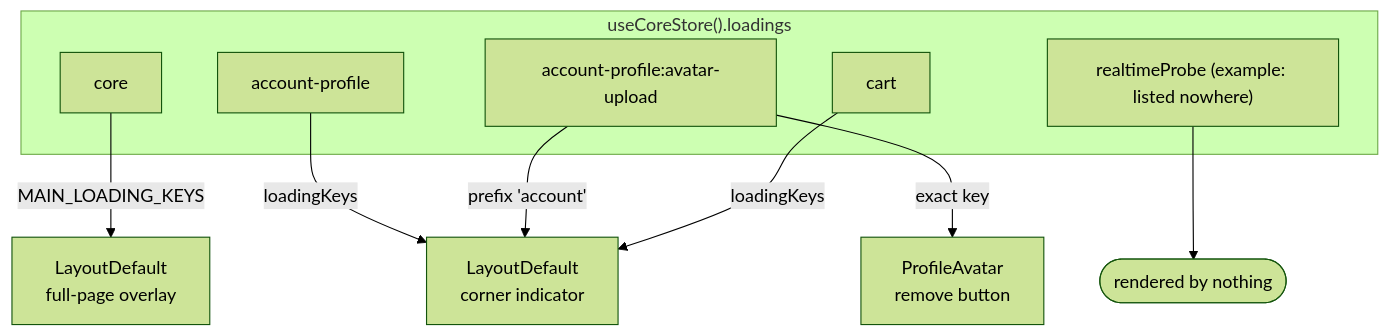
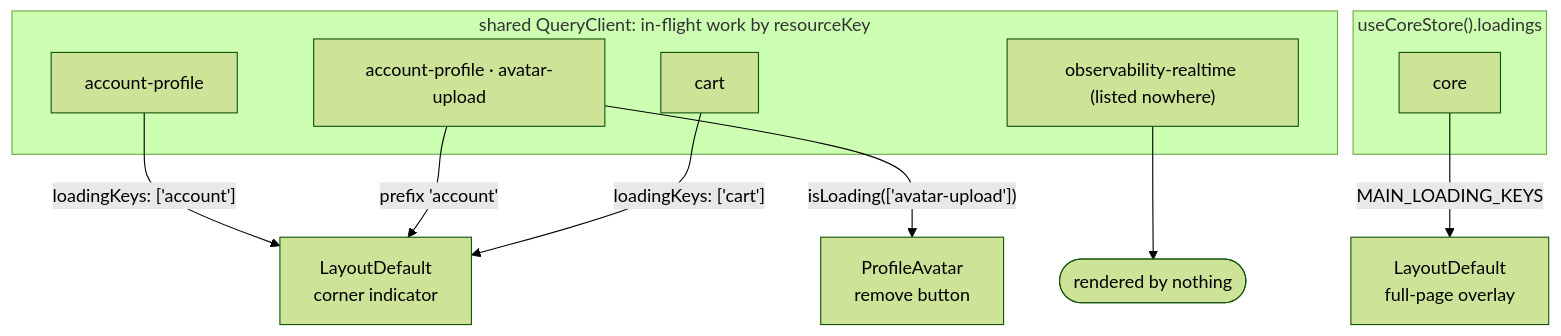
The diagram in docs/theory/loading-state.md (Guebbit/boilerplate-vue-frontend), drawn with Mermaid (forest theme) before and after one commit. The commit also changed other lines of this file and 7 other files, not shown here.

````diff
--- a/docs/theory/loading-state.md
+++ b/docs/theory/loading-state.md
@@ -42,22 +44,25 @@
 ```mermaid
 flowchart TB
-    subgraph Dict ["useCoreStore().loadings"]
+    subgraph Query ["shared QueryClient: in-flight work by resourceKey"]
+        K2["account-profile"]
+        K3["account-profile · avatar-upload"]
+        K4["cart"]
+        K5["observability-realtime (listed nowhere)"]
+    end
+
+    subgraph Core ["useCoreStore().loadings"]
         K1["core"]
-        K2["account-profile"]
-        K3["account-profile:avatar-upload"]
-        K4["cart"]
-        K5["realtimeProbe (example: listed nowhere)"]
     end
 
     Overlay["LayoutDefault\nfull-page overlay"]
     Corner["LayoutDefault\ncorner indicator"]
     Button["ProfileAvatar\nremove button"]
     Silent(["rendered by nothing"])
 
     K1 -->|MAIN_LOADING_KEYS| Overlay
-    K2 -->|"loadingKeys"| Corner
-    K3 -->|prefix 'account'| Corner
-    K4 -->|"loadingKeys"| Corner
-    K3 -->|exact key| Button
+    K2 -->|"loadingKeys: ['account']"| Corner
+    K3 -->|"prefix 'account'"| Corner
+    K4 -->|"loadingKeys: ['cart']"| Corner
+    K3 -->|"isLoading(['avatar-upload'])"| Button
     K5 --> Silent
 ```
````
